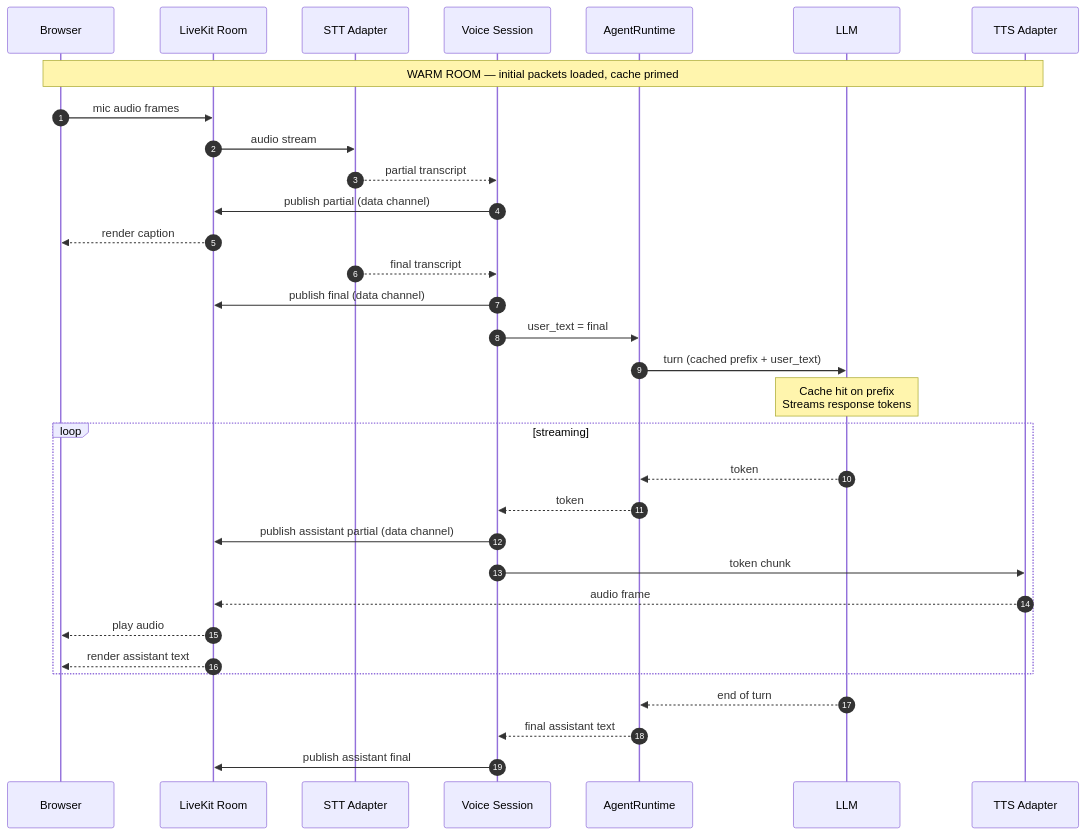
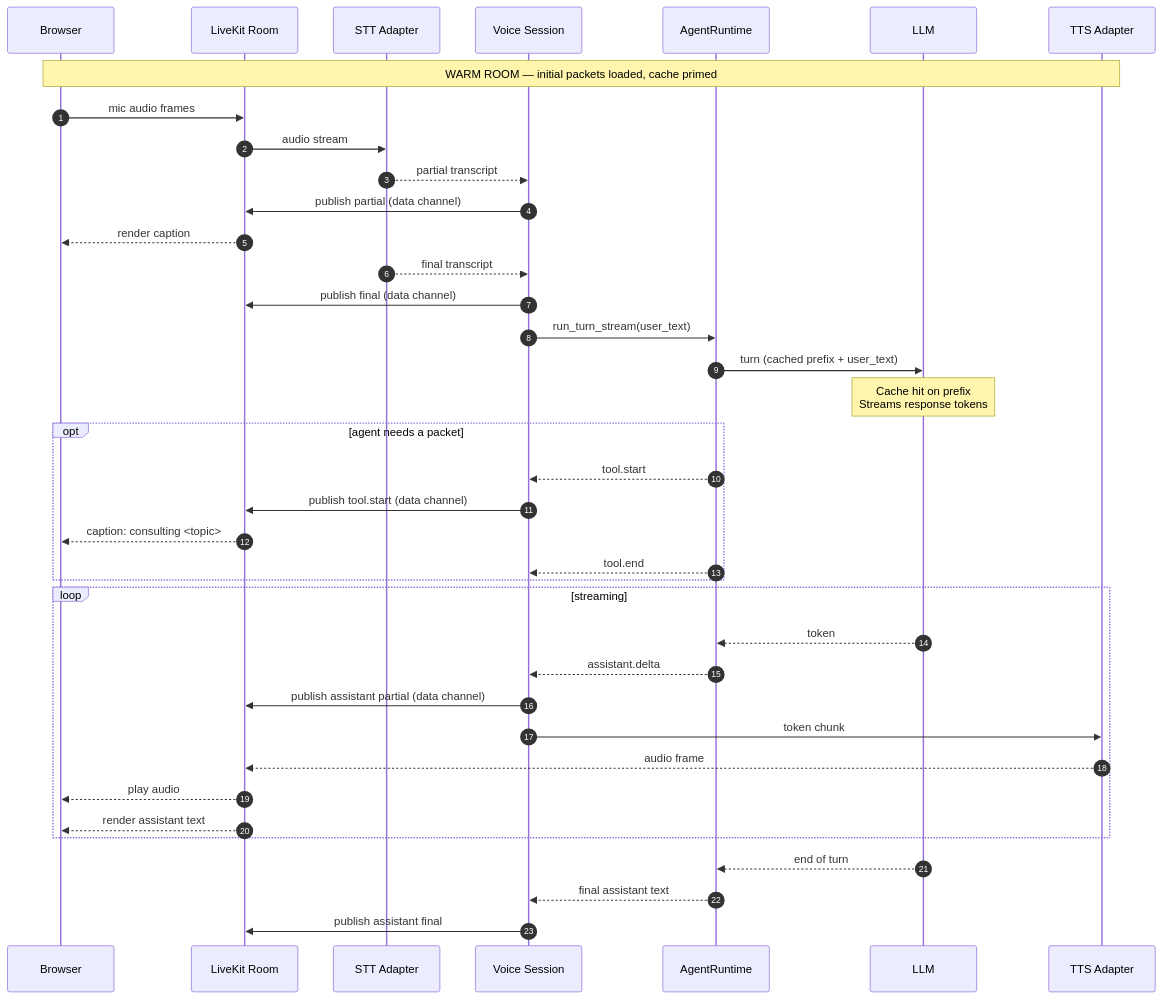
Diagram 11 of 16 in DESIGN.md (shishircc/hcag), drawn with Mermaid before and after one commit. The commit also changed other lines of this file and 215 other files, not shown here.

````diff
--- a/DESIGN.md
+++ b/DESIGN.md
@@ -2684,39 +2776,46 @@
 ```mermaid
 sequenceDiagram
     autonumber
     participant B as Browser
     participant R as LiveKit Room
     participant S as STT Adapter
     participant V as Voice Session
     participant A as AgentRuntime
     participant L as LLM
     participant T as TTS Adapter
 
     Note over B,T: WARM ROOM — initial packets loaded, cache primed
 
     B->>R: mic audio frames
     R->>S: audio stream
     S-->>V: partial transcript
     V->>R: publish partial (data channel)
     R-->>B: render caption
 
     S-->>V: final transcript
     V->>R: publish final (data channel)
-    V->>A: user_text = final
+    V->>A: run_turn_stream(user_text)
     A->>L: turn (cached prefix + user_text)
     Note over L: Cache hit on prefix<br/>Streams response tokens
 
+    opt agent needs a packet
+        A-->>V: tool.start
+        V->>R: publish tool.start (data channel)
+        R-->>B: caption: consulting <topic>
+        A-->>V: tool.end
+    end
+
     loop streaming
         L-->>A: token
-        A-->>V: token
+        A-->>V: assistant.delta
         V->>R: publish assistant partial (data channel)
         V->>T: token chunk
         T-->>R: audio frame
         R-->>B: play audio
         R-->>B: render assistant text
     end
 
     L-->>A: end of turn
     A-->>V: final assistant text
     V->>R: publish assistant final
 ```
````
